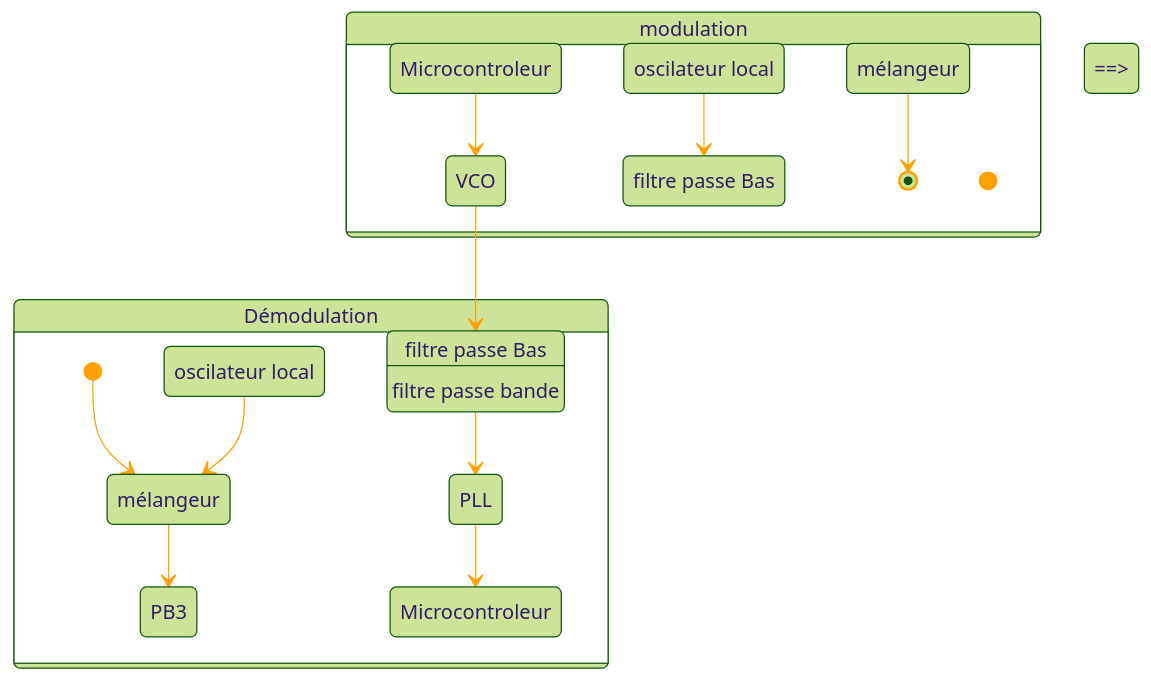
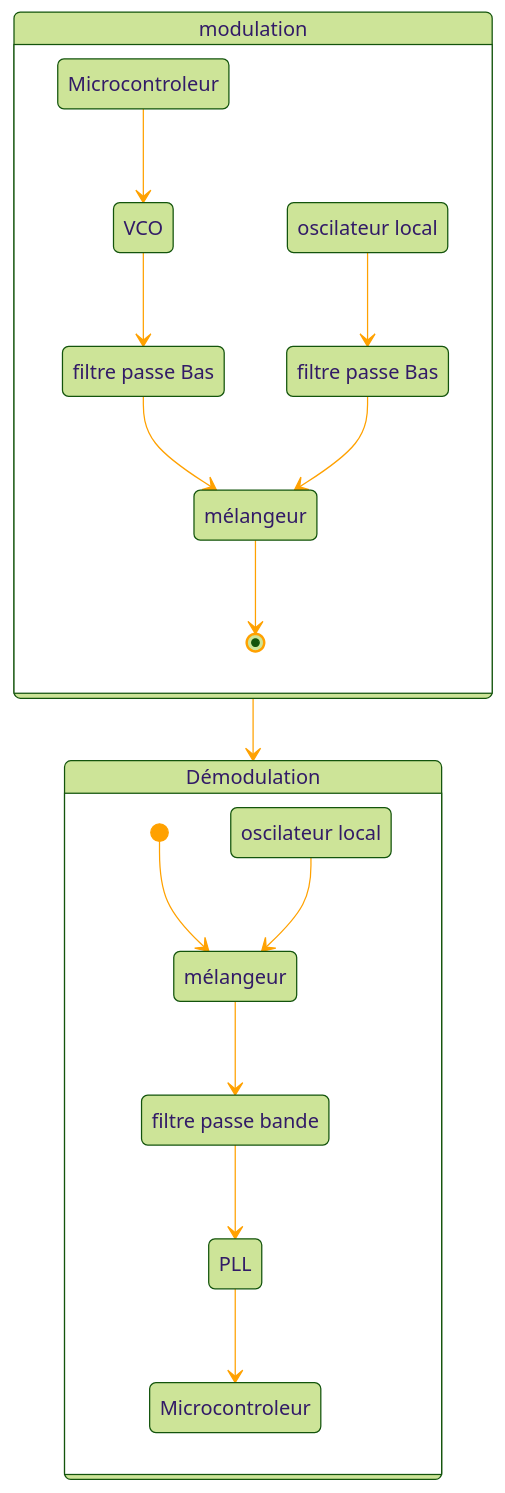
Before and after one commit to mg-mods/iut-lyon1-but-geii-sae-6: the diagram in HF/ReadMe.md, drawn with Mermaid.

Commit message:
réparation des pb du schémas

````diff
--- a/HF/ReadMe.md
+++ b/HF/ReadMe.md
@@ -5,49 +5,52 @@
 ```mermaid
 ---
 config:
   theme: forest
   themeVariables:
     lineColor: '#FFA100'
 
 ---
 
 stateDiagram
   direction TB
   state modulation {
     direction TB
     Mi1 --> V1
+    Ol1 --> PB1
     V1 --> PB2
-    Ol1 --> PB1
+    PB2 --> Me1
+    PB1 --> Me1
     Me1 --> [*]
     Mi1
     V1
-    Me1
     Ol1
     PB1
-[*]  }
+    PB2
+    Me1
+  }
   state Démodulation {
     direction TB
     [*] --> Me2
     Ol2 --> Me2
     Me2 --> PB3
-    PB2 --> PLL
+    PB3 --> PLL
     PLL --> Mi2
-    Me2
+[*]    Me2
     Ol2
-    PB2
+    PB3
     PLL
     Mi2
-[*]  }
-  modulation ==> Démodulation
+  }
+  modulation --> Démodulation
   Mi1:Microcontroleur
   V1:VCO
-  Me1:mélangeur
   Ol1:oscilateur local
   PB1:filtre passe Bas
   PB2:filtre passe Bas
+  Me1:mélangeur
   Me2:mélangeur
   Ol2:oscilateur local
-  PB2:filtre passe bande
+  PB3:filtre passe bande
   Mi2:Microcontroleur
 
   ```
````
